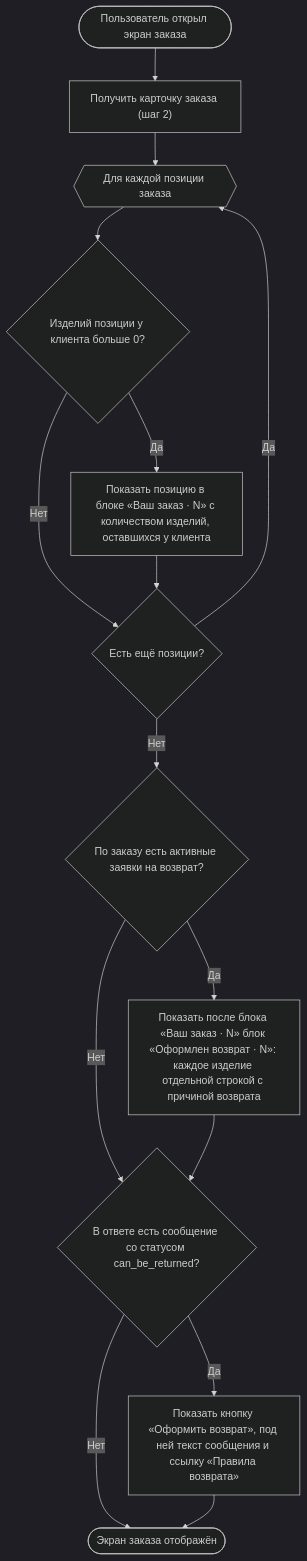
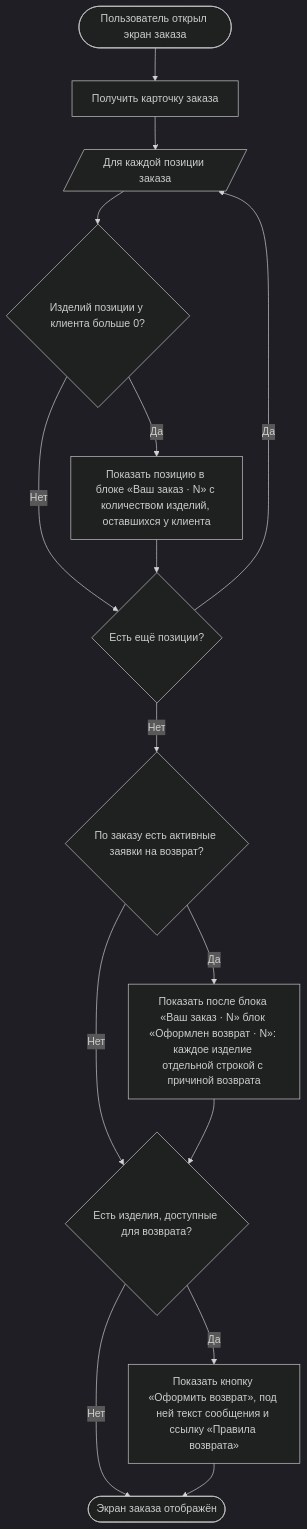
One commit to Terinss155/opencode-agents-analysis changed the second of 26 diagrams in projects/returns-2.0/requirements/srs/srs-mobile-mvp.md. Above: the diagram before and after it, drawn with Mermaid (dark theme). The commit also changed other lines of this file and 33 other files, not shown here.

````diff
--- a/projects/returns-2.0/requirements/srs/srs-mobile-mvp.md
+++ b/projects/returns-2.0/requirements/srs/srs-mobile-mvp.md
@@ -202,17 +191,17 @@
 ```mermaid
 flowchart TD
-    S([Пользователь открыл экран заказа]) --> A["Получить карточку заказа (шаг 2)"]
-    A --> P{{"Для каждой позиции заказа"}}
+    S([Пользователь открыл экран заказа]) --> A["Получить карточку заказа"]
+    A --> P[/"Для каждой позиции заказа"/]
     P --> B{"Изделий позиции у клиента больше 0?"}
     B -->|Да| C["Показать позицию в блоке «Ваш заказ · N» с количеством изделий, оставшихся у клиента"]
     B -->|Нет| N
     C --> N{"Есть ещё позиции?"}
     N -->|Да| P
     N -->|Нет| O{"По заказу есть активные заявки на возврат?"}
     O -->|Да| O1["Показать после блока «Ваш заказ · N» блок «Оформлен возврат · N»: каждое изделие отдельной строкой с причиной возврата"]
     O -->|Нет| K
-    O1 --> K{"В ответе есть сообщение со статусом can_be_returned?"}
+    O1 --> K{"Есть изделия, доступные для возврата?"}
     K -->|Да| Y["Показать кнопку «Оформить возврат», под ней текст сообщения и ссылку «Правила возврата»"]
     K -->|Нет| Z
     Y --> Z([Экран заказа отображён])
 ```
````
